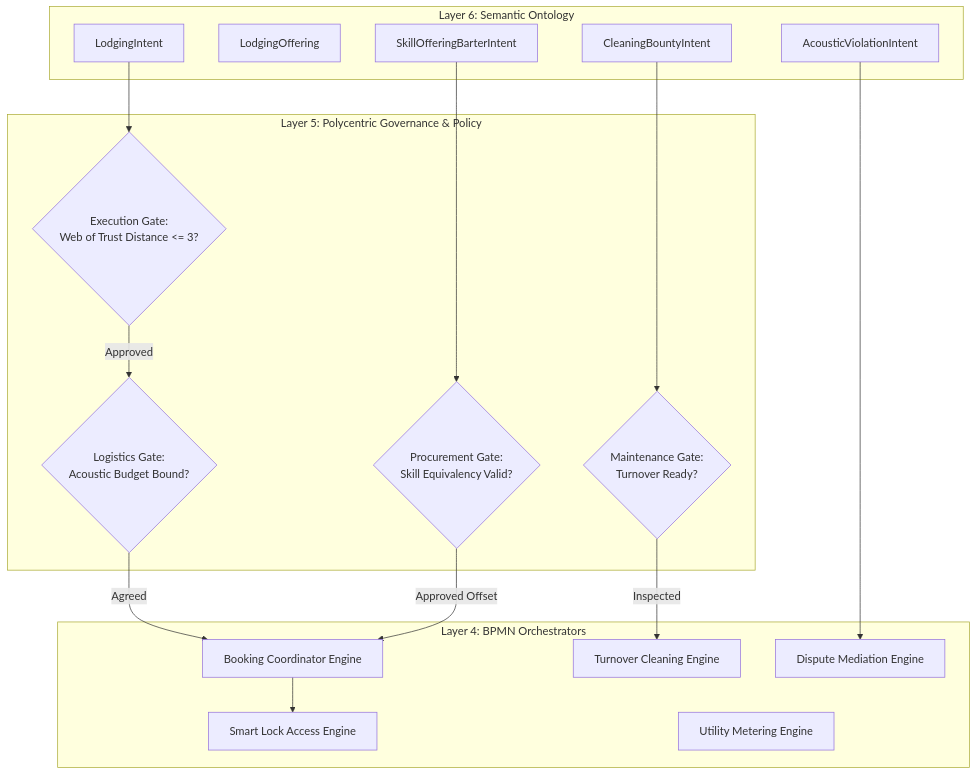
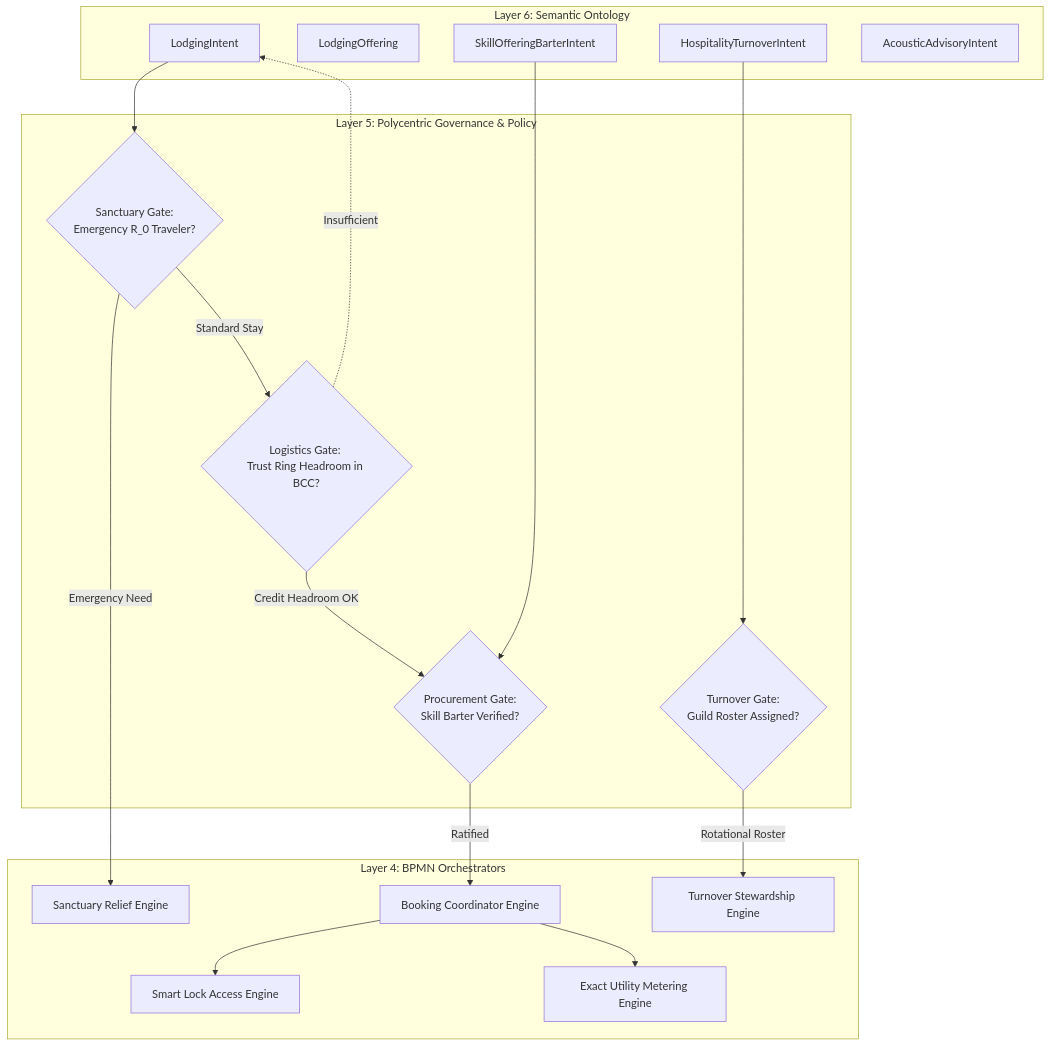
One commit to raffaine/collective changed the third of 4 diagrams in docs/scenarios/zeta_lodging.md. Above: the diagram before and after it, drawn with Mermaid. The commit also changed other lines of this file and 23 other files, not shown here.

````diff
--- a/docs/scenarios/zeta_lodging.md
+++ b/docs/scenarios/zeta_lodging.md
@@ -113,39 +130,40 @@
 ```mermaid
 graph TD
     subgraph Layer 6: Semantic Ontology
         L6_Book[LodgingIntent]
         L6_Offer[LodgingOffering]
         L6_Barter[SkillOfferingBarterIntent]
-        L6_Clean[CleaningBountyIntent]
-        L6_Acoustic[AcousticViolationIntent]
+        L6_Turnover[HospitalityTurnoverIntent]
+        L6_Acoustic[AcousticAdvisoryIntent]
     end
 
     subgraph Layer 5: Polycentric Governance & Policy
-        P_Trust{Execution Gate: <br>Web of Trust Distance <= 3?}
-        P_Barter{Procurement Gate: <br>Skill Equivalency Valid?}
-        P_Clean{Maintenance Gate: <br>Turnover Ready?}
-        P_Noise{Logistics Gate: <br>Acoustic Budget Bound?}
+        P_Sanctuary{Sanctuary Gate: <br>Emergency R_0 Traveler?}
+        P_Trust{Logistics Gate: <br>Trust Ring Headroom in BCC?}
+        P_Barter{Procurement Gate: <br>Skill Barter Verified?}
+        P_Clean{Turnover Gate: <br>Guild Roster Assigned?}
     end
 
     subgraph Layer 4: BPMN Orchestrators
+        BPMN_Sanctuary[Sanctuary Relief Engine]
         BPMN_Book[Booking Coordinator Engine]
         BPMN_Access[Smart Lock Access Engine]
-        BPMN_Clean[Turnover Cleaning Engine]
-        BPMN_Meter[Utility Metering Engine]
-        BPMN_Mediate[Dispute Mediation Engine]
+        BPMN_Turnover[Turnover Stewardship Engine]
+        BPMN_Meter[Exact Utility Metering Engine]
     end
 
-    %% Routing
-    L6_Book --> P_Trust
-    P_Trust -->|Approved| P_Noise
-    P_Noise -->|Agreed| BPMN_Book
+    L6_Book --> P_Sanctuary
+    P_Sanctuary -->|Emergency Need| BPMN_Sanctuary
+    P_Sanctuary -->|Standard Stay| P_Trust
+
+    P_Trust -->|Credit Headroom OK| P_Barter
+    P_Trust -.->|Insufficient| L6_Book
+
+    L6_Barter --> P_Barter
+    P_Barter -->|Ratified| BPMN_Book
     BPMN_Book --> BPMN_Access
-    
-    L6_Barter --> P_Barter
-    P_Barter -->|Approved Offset| BPMN_Book
-    
-    L6_Clean --> P_Clean
-    P_Clean -->|Inspected| BPMN_Clean
-    
-    L6_Acoustic --> BPMN_Mediate
+    BPMN_Book --> BPMN_Meter
+
+    L6_Turnover --> P_Clean
+    P_Clean -->|Rotational Roster| BPMN_Turnover
 ```
````
